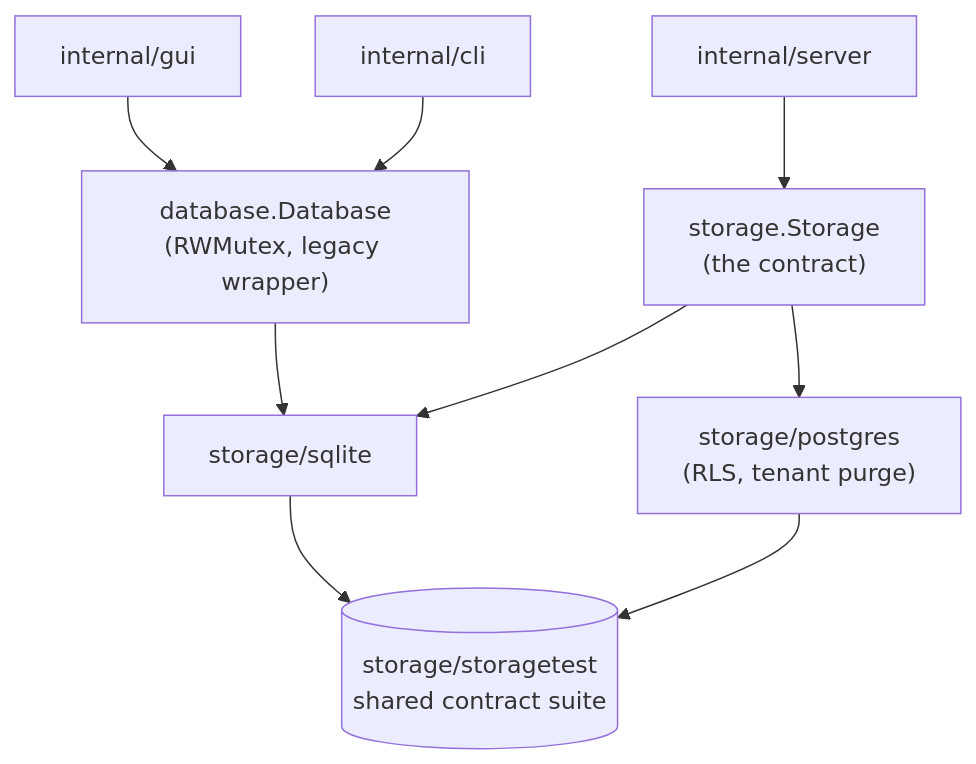
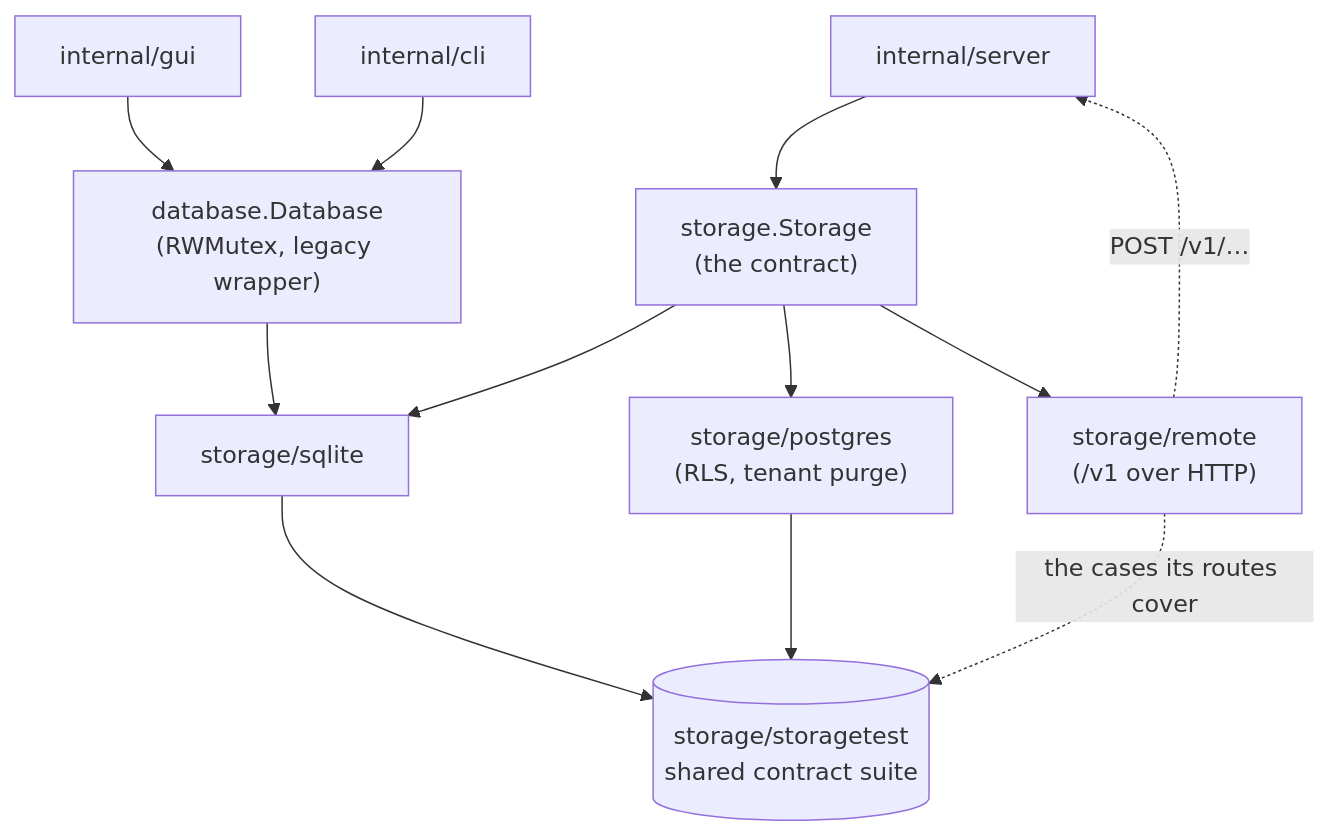
One commit to kevung/blunderDB changed the second of 3 diagrams in ARCHITECTURE.md. Above: the diagram before and after it, drawn with Mermaid. The commit also changed other lines of this file and 23 other files, not shown here.

First line of the commit message:
feat(storage/remote): backend du contrat Storage par-dessus /v1

````diff
--- a/ARCHITECTURE.md
+++ b/ARCHITECTURE.md
@@ -45,13 +54,17 @@
 ```mermaid
 flowchart TD
     GUIC["internal/gui"] --> DBW["database.Database\n(RWMutex, legacy wrapper)"]
     CLIC["internal/cli"] --> DBW
     DBW --> SQLITEIMPL["storage/sqlite"]
 
     SERVERC["internal/server"] --> CONTRACT["storage.Storage\n(the contract)"]
     CONTRACT --> SQLITEIMPL
     CONTRACT --> PGIMPL["storage/postgres\n(RLS, tenant purge)"]
 
+    CONTRACT --> REMOTEIMPL["storage/remote\n(/v1 over HTTP)"]
+    REMOTEIMPL -. "POST /v1/…" .-> SERVERC
+
     SQLITEIMPL --> CONTRACTTEST[("storage/storagetest\nshared contract suite")]
     PGIMPL --> CONTRACTTEST
+    REMOTEIMPL -. "the cases its routes cover" .-> CONTRACTTEST
 ```
````
